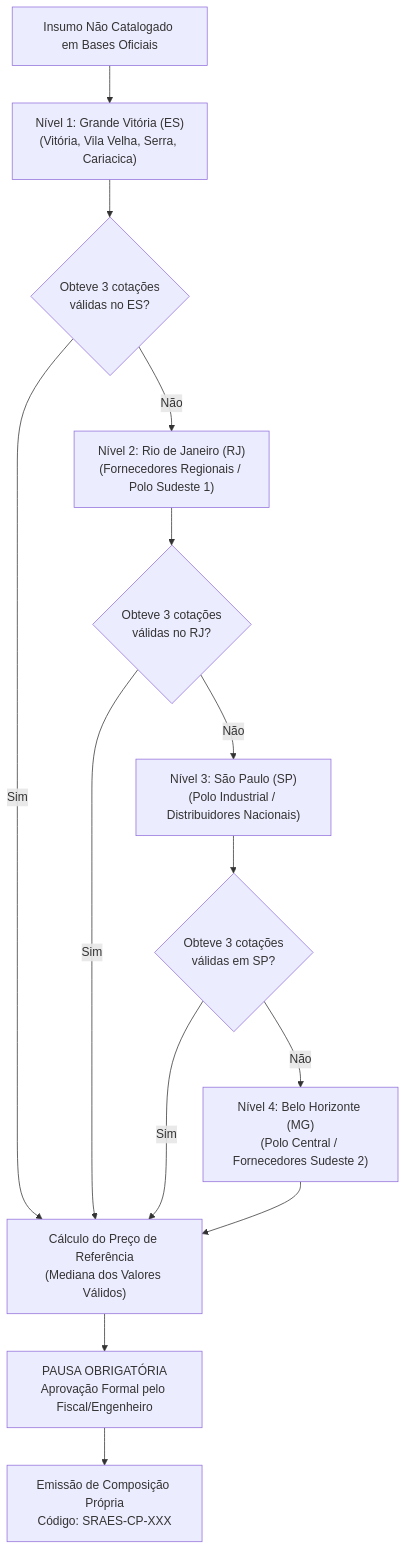
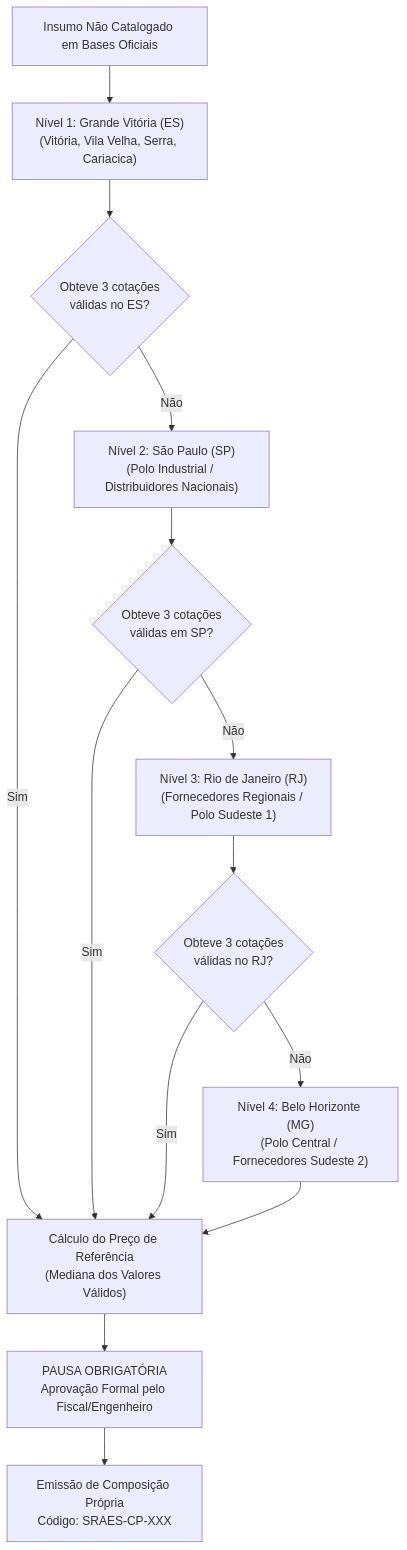
Before and after one commit to luferdias/ORCA-AI: the diagram in OrcaAI/spec/market_research_protocol.md, drawn with Mermaid. The commit also changed other lines of this file and 17 other files, not shown here.

````diff
--- a/OrcaAI/spec/market_research_protocol.md
+++ b/OrcaAI/spec/market_research_protocol.md
@@ -16,20 +16,20 @@
 ```mermaid
 flowchart TD
     Trigger["Insumo Não Catalogado em Bases Oficiais"] --> Tier1["Nível 1: Grande Vitória (ES)\n(Vitória, Vila Velha, Serra, Cariacica)"]
     Tier1 --> Eval1{"Obteve 3 cotações\nválidas no ES?"}
     
     Eval1 -- Sim --> Estatistica["Cálculo do Preço de Referência\n(Mediana dos Valores Válidos)"]
-    Eval1 -- Não --> Tier2["Nível 2: Rio de Janeiro (RJ)\n(Fornecedores Regionais / Polo Sudeste 1)"]
+    Eval1 -- Não --> Tier2["Nível 2: São Paulo (SP)\n(Polo Industrial / Distribuidores Nacionais)"]
     
-    Tier2 --> Eval2{"Obteve 3 cotações\nválidas no RJ?"}
+    Tier2 --> Eval2{"Obteve 3 cotações\nválidas em SP?"}
     Eval2 -- Sim --> Estatistica
-    Eval2 -- Não --> Tier3["Nível 3: São Paulo (SP)\n(Polo Industrial / Distribuidores Nacionais)"]
+    Eval2 -- Não --> Tier3["Nível 3: Rio de Janeiro (RJ)\n(Fornecedores Regionais / Polo Sudeste 1)"]
     
-    Tier3 --> Eval3{"Obteve 3 cotações\nválidas em SP?"}
+    Tier3 --> Eval3{"Obteve 3 cotações\nválidas no RJ?"}
     Eval3 -- Sim --> Estatistica
     Eval3 -- Não --> Tier4["Nível 4: Belo Horizonte (MG)\n(Polo Central / Fornecedores Sudeste 2)"]
     
     Tier4 --> Estatistica
     Estatistica --> ValidaHumana["PAUSA OBRIGATÓRIA\nAprovação Formal pelo Fiscal/Engenheiro"]
     ValidaHumana --> CriaCPU["Emissão de Composição Própria\nCódigo: SRAES-CP-XXX"]
 ```
````
